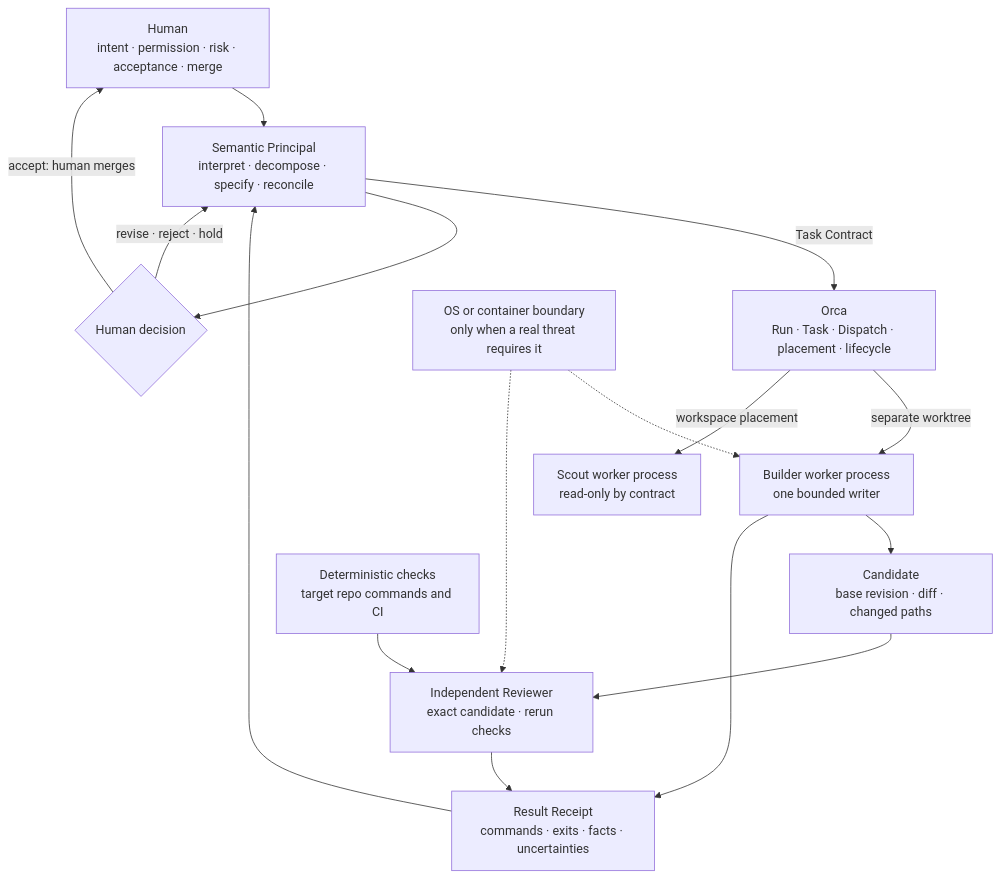
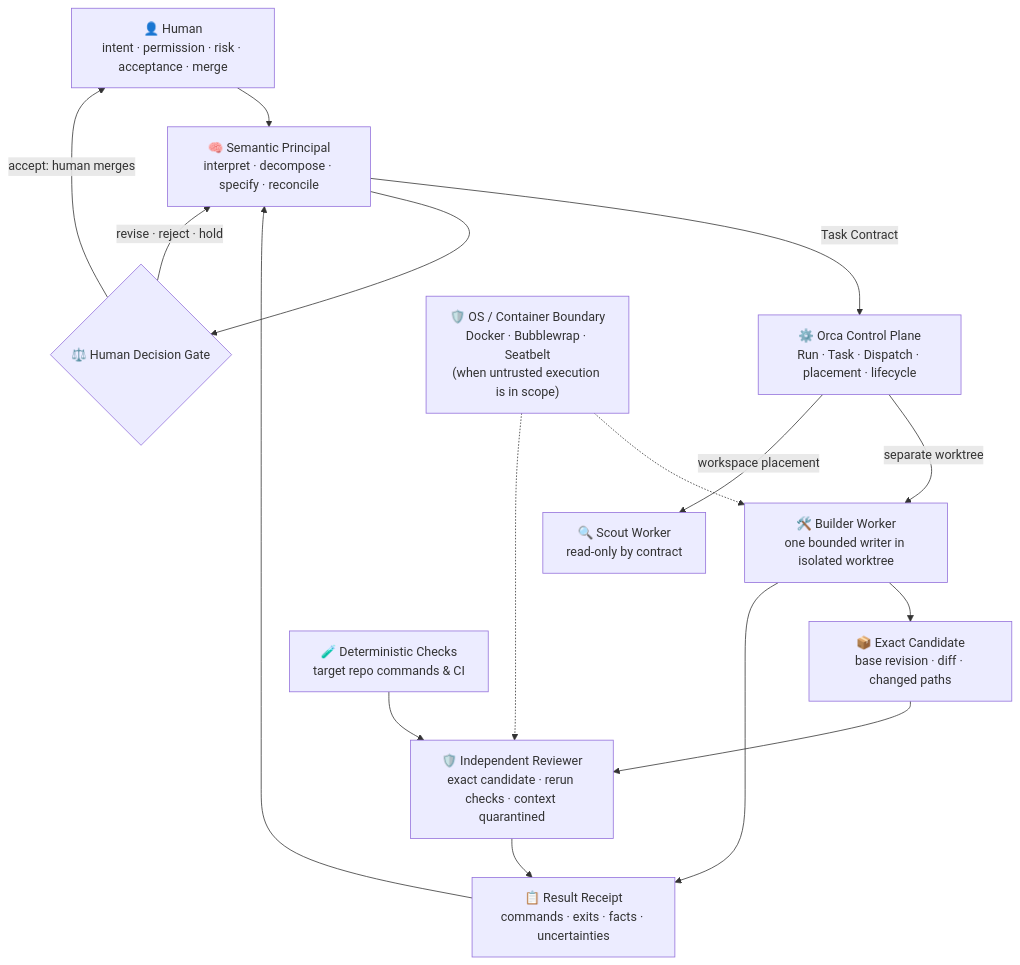
One commit to TomaszGonczar/omega-zero changed the diagram in docs/ARCHITECTURE.md. Above: the diagram before and after it, drawn with Mermaid. The commit also changed other lines of this file and 4 other files, not shown here.

````diff
--- a/docs/ARCHITECTURE.md
+++ b/docs/ARCHITECTURE.md
@@ -14,30 +13,30 @@
 ```mermaid
 flowchart TB
-    H[Human<br/>intent · permission · risk · acceptance · merge]
-    P[Semantic Principal<br/>interpret · decompose · specify · reconcile]
-    O[Orca<br/>Run · Task · Dispatch · placement · lifecycle]
-    B[Builder worker process<br/>one bounded writer]
-    S[Scout worker process<br/>read-only by contract]
-    G[Candidate<br/>base revision · diff · changed paths]
-    R[Independent Reviewer<br/>exact candidate · rerun checks]
-    E[Deterministic checks<br/>target repo commands and CI]
-    REC[Result Receipt<br/>commands · exits · facts · uncertainties]
-    D{Human decision}
+    H["👤 Human<br/>intent · permission · risk · acceptance · merge"]
+    P["🧠 Semantic Principal<br/>interpret · decompose · specify · reconcile"]
+    O["⚙️ Orca Control Plane<br/>Run · Task · Dispatch · placement · lifecycle"]
+    B["🛠️ Builder Worker<br/>one bounded writer in isolated worktree"]
+    S["🔍 Scout Worker<br/>read-only by contract"]
+    G["📦 Exact Candidate<br/>base revision · diff · changed paths"]
+    R["🛡️ Independent Reviewer<br/>exact candidate · rerun checks · context quarantined"]
+    E["🧪 Deterministic Checks<br/>target repo commands & CI"]
+    REC["📋 Result Receipt<br/>commands · exits · facts · uncertainties"]
+    D{"⚖️ Human Decision Gate"}
 
     H --> P
-    P -->|Task Contract| O
-    O -->|separate worktree| B
-    O -->|workspace placement| S
+    P -->|"Task Contract"| O
+    O -->|"separate worktree"| B
+    O -->|"workspace placement"| S
     B --> G
     G --> R
     E --> R
     R --> REC
     B --> REC
     REC --> P
     P --> D
-    D -->|accept: human merges| H
-    D -->|revise · reject · hold| P
+    D -->|"accept: human merges"| H
+    D -->|"revise · reject · hold"| P
 
-    X[OS or container boundary<br/>only when a real threat requires it] -.-> B
+    X["🛡️ OS / Container Boundary<br/>Docker · Bubblewrap · Seatbelt<br/>(when untrusted execution is in scope)"] -.-> B
     X -.-> R
 ```
````
